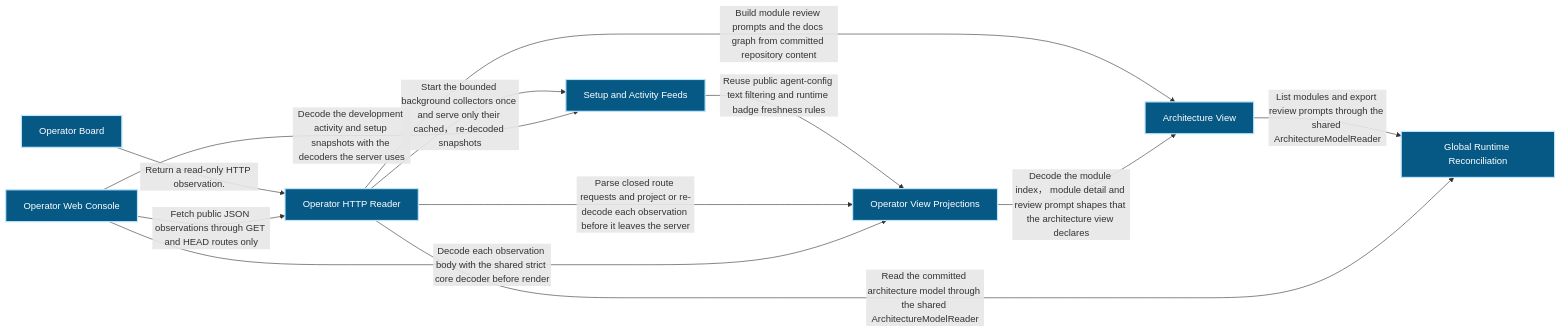
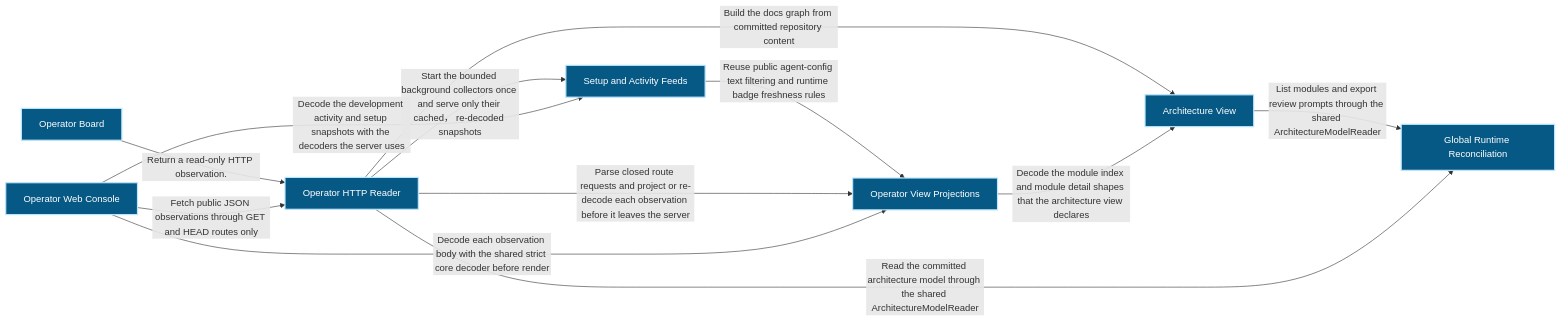
Before and after one commit to Ancienttwo/repo-harness: the first of 3 diagrams in docs/architecture/modules/runtime-harness/operator.md, drawn with Mermaid. The commit also changed other lines of this file and 25 other files, not shown here.

````diff
--- a/docs/architecture/modules/runtime-harness/operator.md
+++ b/docs/architecture/modules/runtime-harness/operator.md
@@ -16,25 +16,25 @@
 ```mermaid
 flowchart LR
   p1_capability_runtime_harness_global_runtime_reconciliation_401730e8["Global Runtime Reconciliation"]:::component
   p1_capability_runtime_harness_operator_00133dd3["Operator Board"]:::component
   p1_component_operator_activity_feeds_00325b96["Setup and Activity Feeds"]:::component
   p1_component_operator_architecture_view_0bdc3e1c["Architecture View"]:::component
   p1_component_operator_primary_d8da79ba["Operator HTTP Reader"]:::component
   p1_component_operator_view_projections_ca31e3bc["Operator View Projections"]:::component
   p1_component_operator_web_console_452bb61f["Operator Web Console"]:::component
   p1_component_operator_activity_feeds_00325b96 -->|"Reuse public agent-config text filtering and runtime badge freshness rules"| p1_component_operator_view_projections_ca31e3bc
   p1_component_operator_architecture_view_0bdc3e1c -->|"List modules and export review prompts through the shared ArchitectureModelReader"| p1_capability_runtime_harness_global_runtime_reconciliation_401730e8
   p1_component_operator_primary_d8da79ba -->|"Start the bounded background collectors once and serve only their cached， re-decoded snapshots"| p1_component_operator_activity_feeds_00325b96
-  p1_component_operator_primary_d8da79ba -->|"Build module review prompts and the docs graph from committed repository content"| p1_component_operator_architecture_view_0bdc3e1c
+  p1_component_operator_primary_d8da79ba -->|"Build the docs graph from committed repository content"| p1_component_operator_architecture_view_0bdc3e1c
   p1_component_operator_primary_d8da79ba -->|"Read the committed architecture model through the shared ArchitectureModelReader"| p1_capability_runtime_harness_global_runtime_reconciliation_401730e8
   p1_component_operator_primary_d8da79ba -->|"Parse closed route requests and project or re-decode each observation before it leaves the server"| p1_component_operator_view_projections_ca31e3bc
   p1_capability_runtime_harness_operator_00133dd3 -->|"Return a read-only HTTP observation."| p1_component_operator_primary_d8da79ba
-  p1_component_operator_view_projections_ca31e3bc -->|"Decode the module index， module detail and review prompt shapes that the architecture view declares"| p1_component_operator_architecture_view_0bdc3e1c
+  p1_component_operator_view_projections_ca31e3bc -->|"Decode the module index and module detail shapes that the architecture view declares"| p1_component_operator_architecture_view_0bdc3e1c
   p1_component_operator_web_console_452bb61f -->|"Decode the development activity and setup snapshots with the decoders the server uses"| p1_component_operator_activity_feeds_00325b96
   p1_component_operator_web_console_452bb61f -->|"Fetch public JSON observations through GET and HEAD routes only"| p1_component_operator_primary_d8da79ba
   p1_component_operator_web_console_452bb61f -->|"Decode each observation body with the shared strict core decoder before render"| p1_component_operator_view_projections_ca31e3bc
   classDef actor fill:#111827,color:#ffffff,stroke:#f9fafb,stroke-width:2px
   classDef component fill:#075985,color:#ffffff,stroke:#bae6fd,stroke-width:2px
   classDef datastore fill:#3f6212,color:#ffffff,stroke:#d9f99d,stroke-width:2px
   classDef external fill:#7c2d12,color:#ffffff,stroke:#fed7aa,stroke-width:2px
 ```
````
